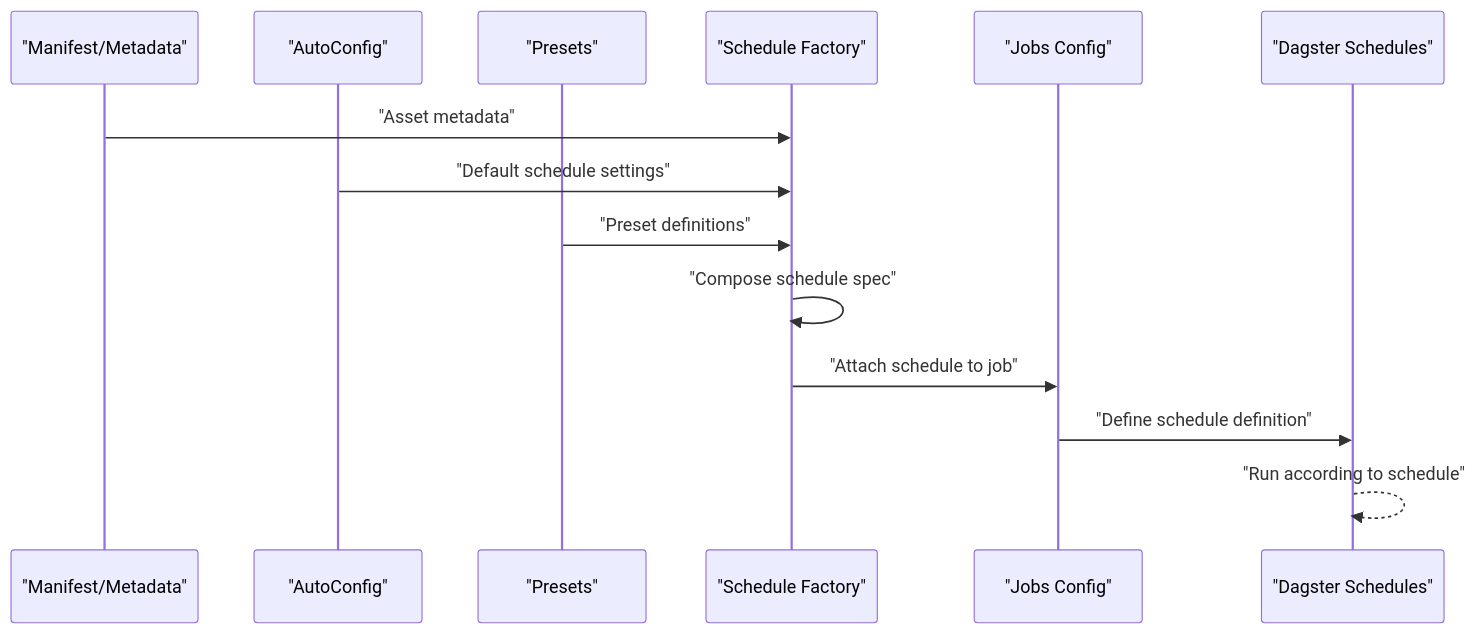
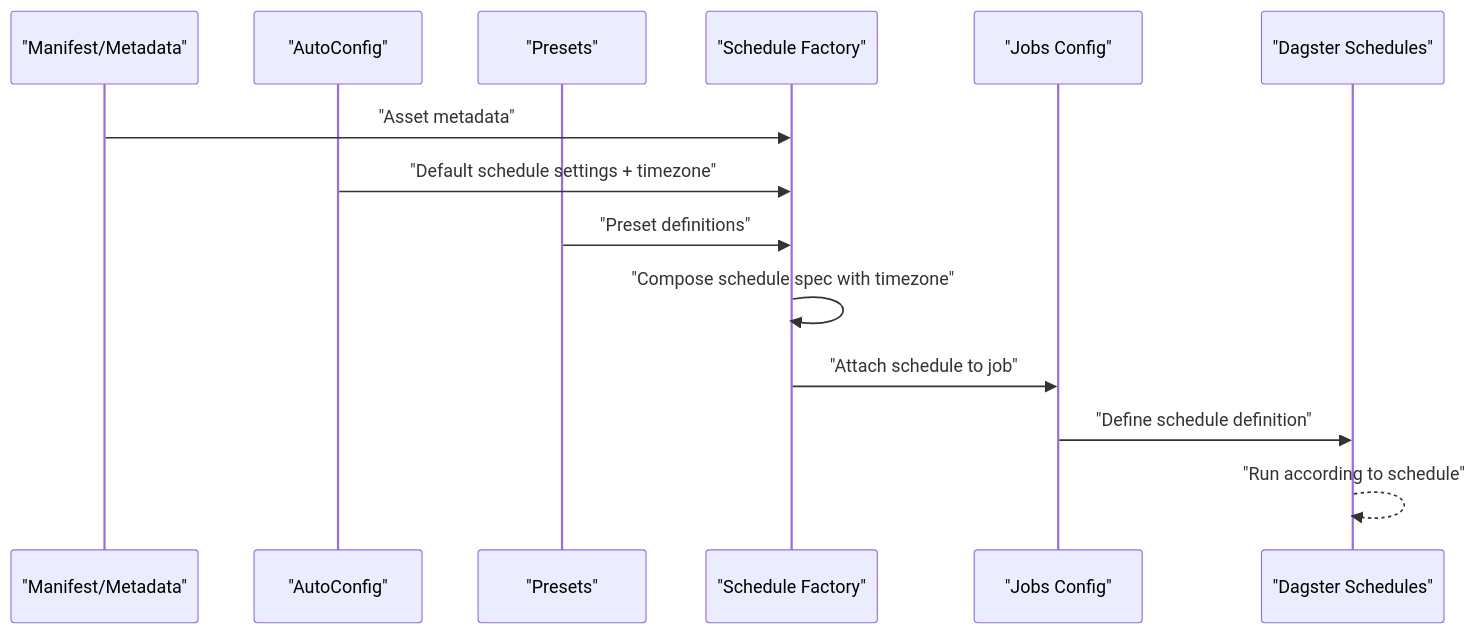
The second of 3 diagrams in .qoder/repowiki/en/content/Schedule Management/Schedule Management.md (metasync/dbt-dagsterizer), drawn with Mermaid before and after one commit. The commit also changed other lines of this file and 3 other files, not shown here.

````diff
--- a/.qoder/repowiki/en/content/Schedule Management/Schedule Management.md
+++ b/.qoder/repowiki/en/content/Schedule Management/Schedule Management.md
@@ -108,16 +141,16 @@
 ```mermaid
 sequenceDiagram
 participant Manifest as "Manifest/Metadata"
 participant AutoCfg as "AutoConfig"
 participant Presets as "Presets"
 participant Factory as "Schedule Factory"
 participant Jobs as "Jobs Config"
 participant Dagster as "Dagster Schedules"
 Manifest->>Factory : "Asset metadata"
-AutoCfg->>Factory : "Default schedule settings"
+AutoCfg->>Factory : "Default schedule settings + timezone"
 Presets->>Factory : "Preset definitions"
-Factory->>Factory : "Compose schedule spec"
+Factory->>Factory : "Compose schedule spec with timezone"
 Factory->>Jobs : "Attach schedule to job"
 Jobs->>Dagster : "Define schedule definition"
 Dagster-->>Dagster : "Run according to schedule"
 ```
````
